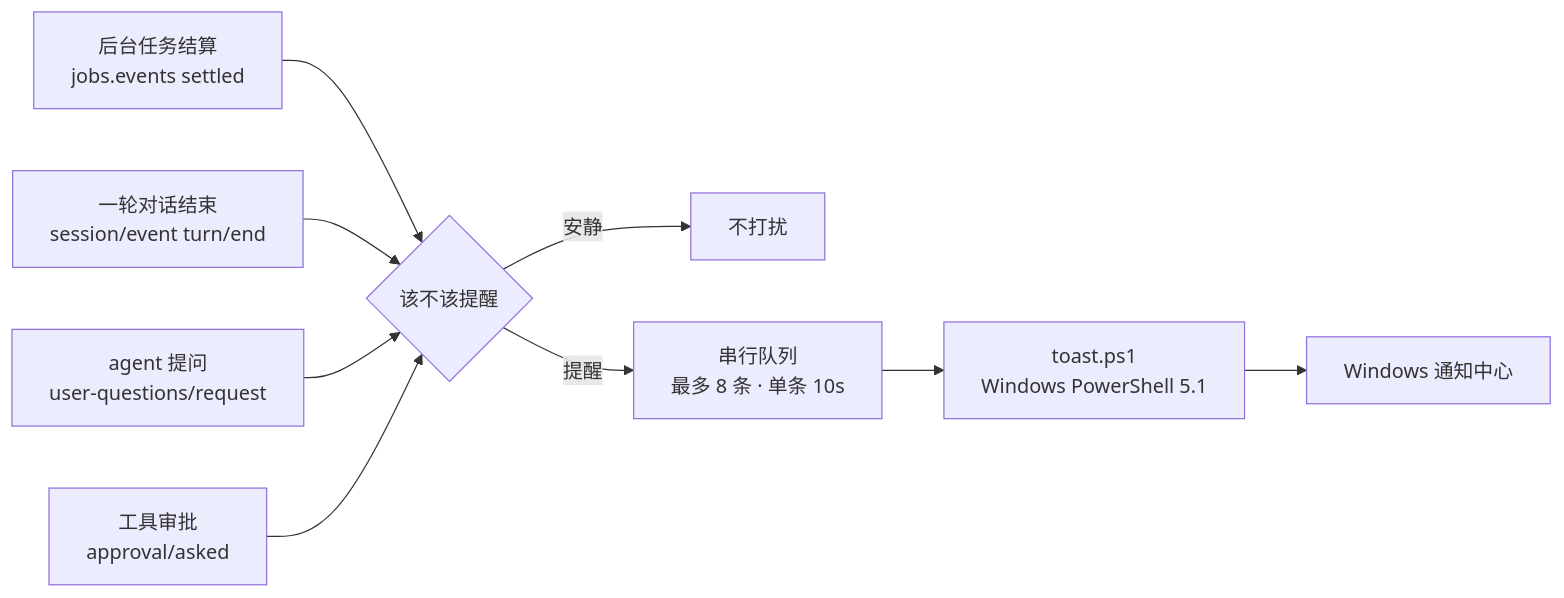
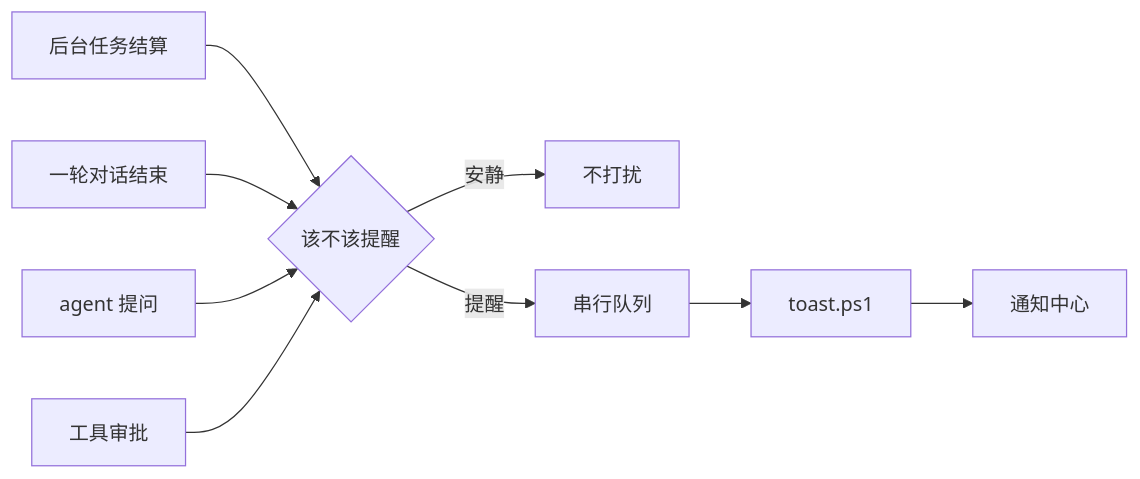
One commit to imnotRiv3r/dsh-job-notify changed the diagram in README.md. Above: the diagram before and after it, drawn with Mermaid. The commit also changed 1 other file, not shown here.

Commit message:
docs: simplify mermaid flow to render on GitHub

````diff
--- a/README.md
+++ b/README.md
@@ -185,11 +185,11 @@
 ```mermaid
-flowchart LR
-  J["后台任务结算<br/>jobs.events settled"] --> F{该不该提醒}
-  T["一轮对话结束<br/>session/event turn/end"] --> F
-  Q["agent 提问<br/>user-questions/request"] --> F
-  A["工具审批<br/>approval/asked"] --> F
-  F -->|安静| X["不打扰"]
-  F -->|提醒| Q2["串行队列<br/>最多 8 条 · 单条 10s"]
-  Q2 --> P["toast.ps1<br/>Windows PowerShell 5.1"]
-  P --> W["Windows 通知中心"]
+graph LR
+  J["后台任务结算"] --> F{"该不该提醒"}
+  T["一轮对话结束"] --> F
+  Q["agent 提问"] --> F
+  A["工具审批"] --> F
+  F -->|"安静"| X["不打扰"]
+  F -->|"提醒"| R["串行队列"]
+  R --> P["toast.ps1"]
+  P --> W["通知中心"]
 ```
````
